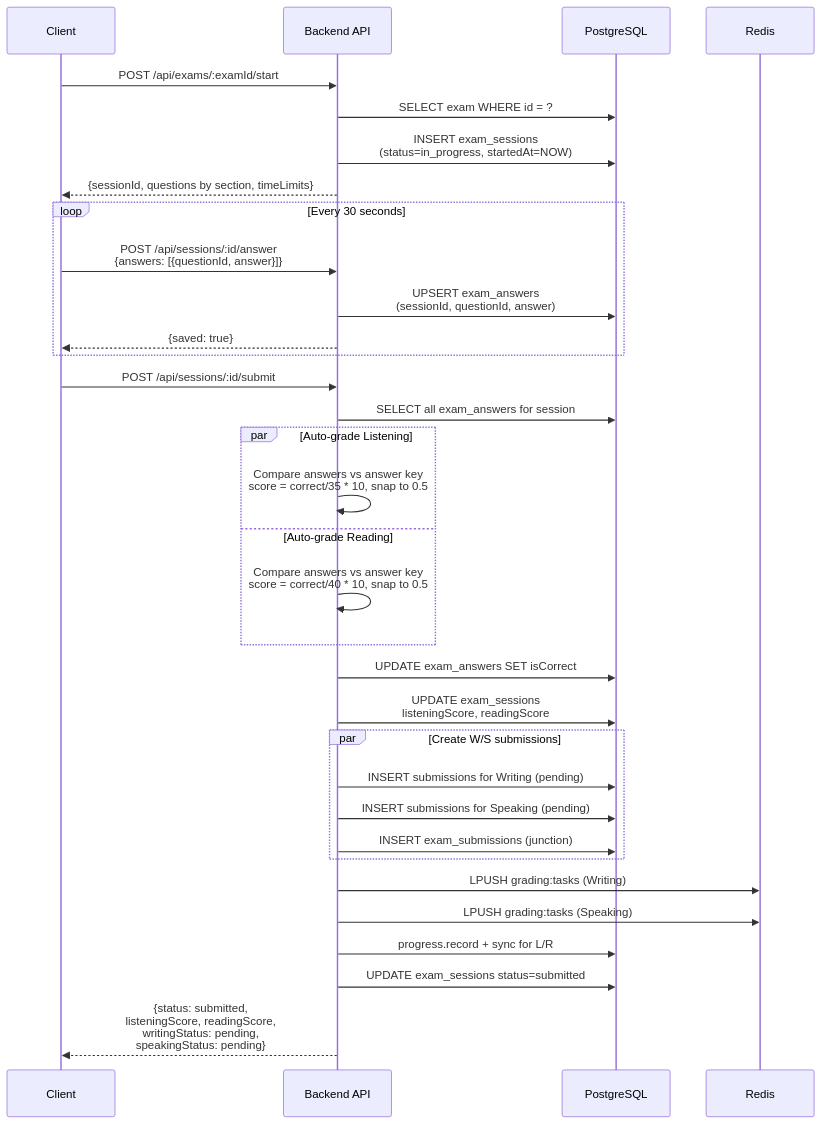
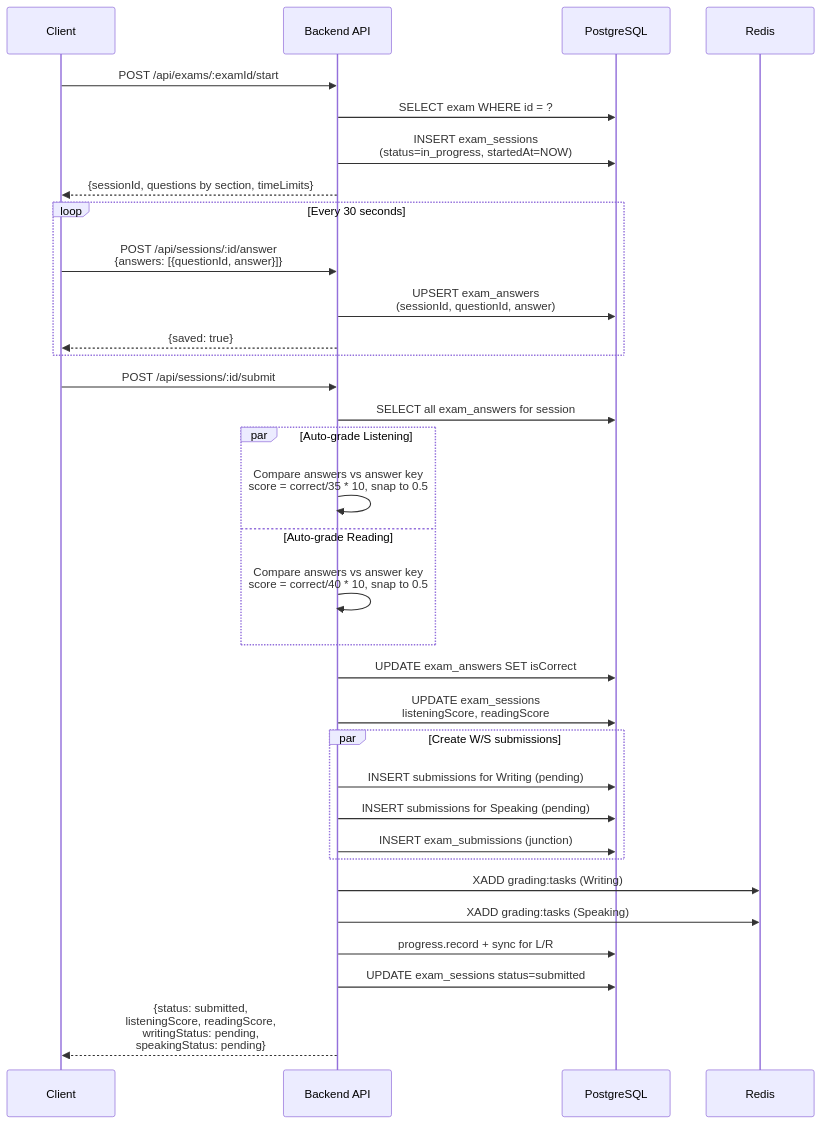
One commit to 81CuongVn/VSTEP changed the ninth of 16 diagrams in docs/capstone/reports/VI/report4-software-design-document.md. Above: the diagram before and after it, drawn with Mermaid. The commit also changed other lines of this file and 1 other file, not shown here.

````diff
--- a/docs/capstone/reports/VI/report4-software-design-document.md
+++ b/docs/capstone/reports/VI/report4-software-design-document.md
@@ -542,44 +541,44 @@
 ```mermaid
 sequenceDiagram
     participant C as Client
     participant B as Backend API
     participant DB as PostgreSQL
     participant R as Redis
 
     C->>B: POST /api/exams/:examId/start
     B->>DB: SELECT exam WHERE id = ?
     B->>DB: INSERT exam_sessions<br/>(status=in_progress, startedAt=NOW)
     B-->>C: {sessionId, questions by section, timeLimits}
 
     loop Every 30 seconds
         C->>B: POST /api/sessions/:id/answer<br/>{answers: [{questionId, answer}]}
         B->>DB: UPSERT exam_answers<br/>(sessionId, questionId, answer)
         B-->>C: {saved: true}
     end
 
     C->>B: POST /api/sessions/:id/submit
     B->>DB: SELECT all exam_answers for session
 
     par Auto-grade Listening
         B->>B: Compare answers vs answer key<br/>score = correct/35 * 10, snap to 0.5
     and Auto-grade Reading
         B->>B: Compare answers vs answer key<br/>score = correct/40 * 10, snap to 0.5
     end
 
     B->>DB: UPDATE exam_answers SET isCorrect
     B->>DB: UPDATE exam_sessions<br/>listeningScore, readingScore
 
     par Create W/S submissions
         B->>DB: INSERT submissions for Writing (pending)
         B->>DB: INSERT submissions for Speaking (pending)
         B->>DB: INSERT exam_submissions (junction)
     end
 
-    B->>R: LPUSH grading:tasks (Writing)
-    B->>R: LPUSH grading:tasks (Speaking)
+    B->>R: XADD grading:tasks (Writing)
+    B->>R: XADD grading:tasks (Speaking)
 
     B->>DB: progress.record + sync for L/R
     B->>DB: UPDATE exam_sessions status=submitted
 
     B-->>C: {status: submitted,<br/>listeningScore, readingScore,<br/>writingStatus: pending,<br/>speakingStatus: pending}
 ```
````
